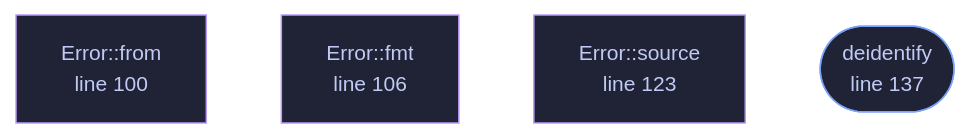
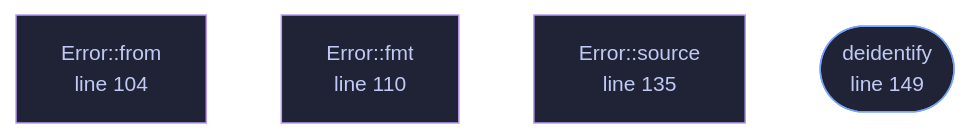
One commit to tilas01/veilvoice changed the diagram in docs/files/veilvoice-audio/lib.md. Above: the diagram before and after it, drawn with Mermaid. The commit also changed other lines of this file and 46 other files, not shown here.

````diff
--- a/docs/files/veilvoice-audio/lib.md
+++ b/docs/files/veilvoice-audio/lib.md
@@ -94,18 +94,18 @@
 ```mermaid
 %%{init: {"theme":"base","themeVariables":{"background":"#1a1b26","primaryColor":"#1f2335","primaryTextColor":"#c0caf5","primaryBorderColor":"#7aa2f7","secondaryColor":"#16161e","tertiaryColor":"#16161e","lineColor":"#737aa2","textColor":"#c0caf5","mainBkg":"#1f2335","nodeBorder":"#7aa2f7","clusterBkg":"#16161e","clusterBorder":"#2f3549","fontFamily":"ui-monospace, SFMono-Regular, Consolas, monospace","fontSize":"14px"}}}%%
 flowchart TD
-    n_from["Error::from<br/>line 94"]
-    n_from["Error::from<br/>line 100"]
-    n_fmt["Error::fmt<br/>line 106"]
-    n_source["Error::source<br/>line 123"]
-    n_deidentify(["deidentify<br/>line 137"])
-    click n_from href "https://github.com/tilas01/veilvoice/blob/main/crates/veilvoice-audio/src/lib.rs#L94" "open the source"
-    click n_from href "https://github.com/tilas01/veilvoice/blob/main/crates/veilvoice-audio/src/lib.rs#L100" "open the source"
-    click n_fmt href "https://github.com/tilas01/veilvoice/blob/main/crates/veilvoice-audio/src/lib.rs#L106" "open the source"
-    click n_source href "https://github.com/tilas01/veilvoice/blob/main/crates/veilvoice-audio/src/lib.rs#L123" "open the source"
-    click n_deidentify href "https://github.com/tilas01/veilvoice/blob/main/crates/veilvoice-audio/src/lib.rs#L137" "open the source"
+    n_from["Error::from<br/>line 98"]
+    n_from["Error::from<br/>line 104"]
+    n_fmt["Error::fmt<br/>line 110"]
+    n_source["Error::source<br/>line 135"]
+    n_deidentify(["deidentify<br/>line 149"])
+    click n_from href "https://github.com/tilas01/veilvoice/blob/main/crates/veilvoice-audio/src/lib.rs#L98" "open the source"
+    click n_from href "https://github.com/tilas01/veilvoice/blob/main/crates/veilvoice-audio/src/lib.rs#L104" "open the source"
+    click n_fmt href "https://github.com/tilas01/veilvoice/blob/main/crates/veilvoice-audio/src/lib.rs#L110" "open the source"
+    click n_source href "https://github.com/tilas01/veilvoice/blob/main/crates/veilvoice-audio/src/lib.rs#L135" "open the source"
+    click n_deidentify href "https://github.com/tilas01/veilvoice/blob/main/crates/veilvoice-audio/src/lib.rs#L149" "open the source"
     classDef entry fill:#1f2335,stroke:#7aa2f7,color:#c0caf5
     class n_deidentify entry
     classDef helper fill:#1f2335,stroke:#bb9af7,color:#c0caf5
     class n_from,n_from,n_fmt,n_source helper
 ```
````
